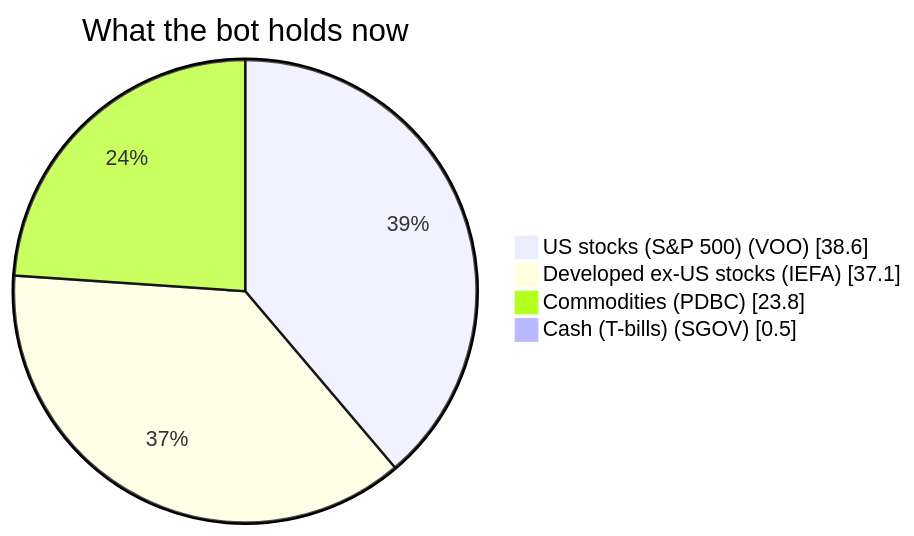
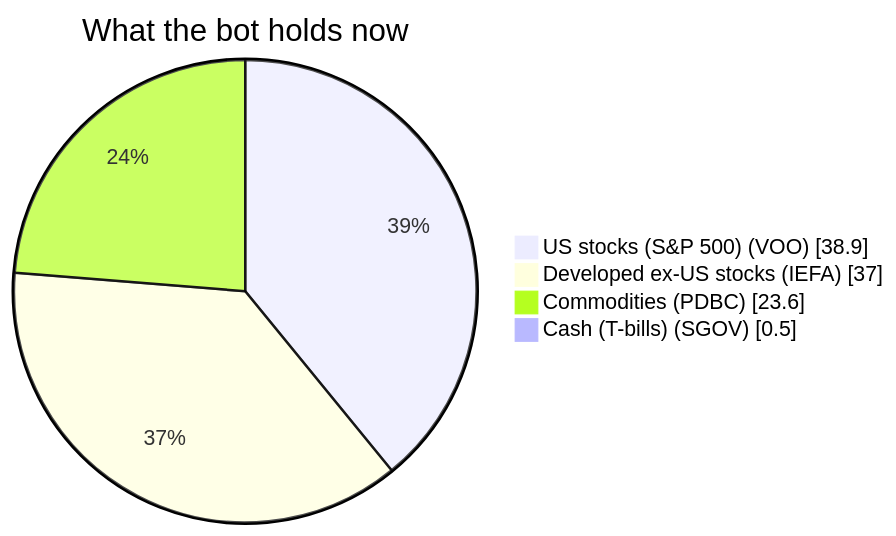
The first of 2 diagrams in 00 - Bot Dashboard.md (owlpowell50-creator/trading-bot), drawn with Mermaid before and after one commit. The commit also changed other lines of this file and 17 other files, not shown here.

````diff
--- a/00 - Bot Dashboard.md
+++ b/00 - Bot Dashboard.md
@@ -43,7 +43,7 @@
 ```mermaid
 pie showData title What the bot holds now
-    "US stocks (S&P 500) (VOO)" : 38.6
-    "Developed ex-US stocks (IEFA)" : 37.1
-    "Commodities (PDBC)" : 23.8
+    "US stocks (S&P 500) (VOO)" : 38.9
+    "Developed ex-US stocks (IEFA)" : 37.0
+    "Commodities (PDBC)" : 23.6
     "Cash (T-bills) (SGOV)" : 0.5
 ```
````
